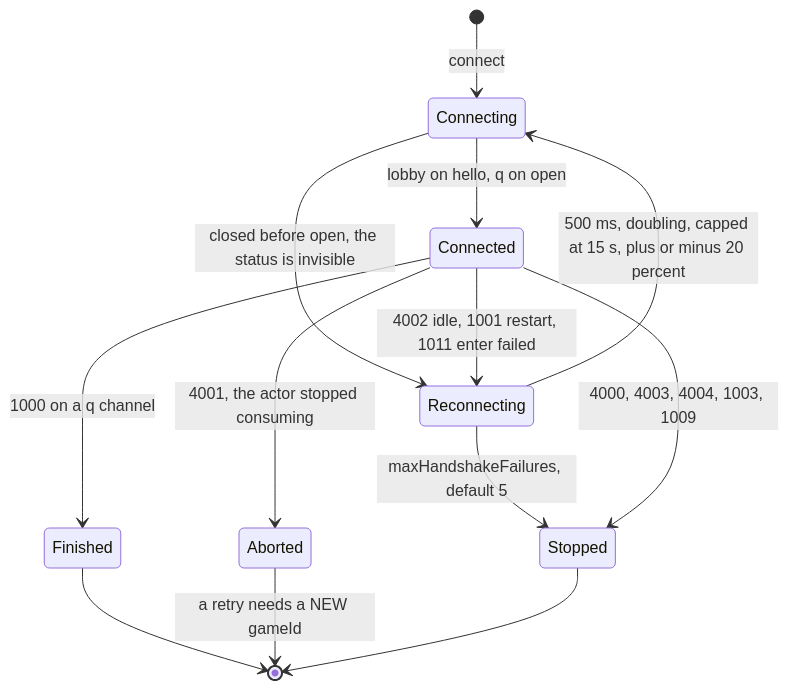
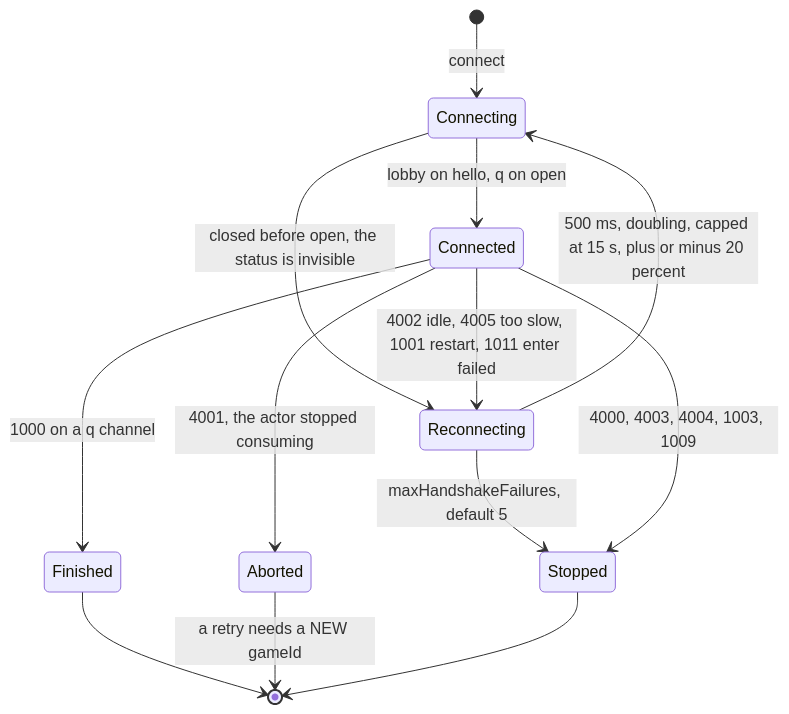
Before and after one commit to yingyeothon/tslib: the second of 3 diagrams in docs/realtime-client.md, drawn with Mermaid. The commit also changed other lines of this file and 10 other files, not shown here.

````diff
--- a/docs/realtime-client.md
+++ b/docs/realtime-client.md
@@ -85,15 +85,15 @@
 ```mermaid
 stateDiagram-v2
   [*] --> Connecting: connect
   Connecting --> Connected: lobby on hello, q on open
   Connecting --> Reconnecting: closed before open, the status is invisible
   Reconnecting --> Connecting: 500 ms, doubling, capped at 15 s, plus or minus 20 percent
   Reconnecting --> Stopped: maxHandshakeFailures, default 5
-  Connected --> Reconnecting: 4002 idle, 1001 restart, 1011 enter failed
+  Connected --> Reconnecting: 4002 idle, 4005 too slow, 1001 restart, 1011 enter failed
   Connected --> Finished: 1000 on a q channel
   Connected --> Aborted: 4001, the actor stopped consuming
   Connected --> Stopped: 4000, 4003, 4004, 1003, 1009
   Finished --> [*]
   Aborted --> [*]: a retry needs a NEW gameId
   Stopped --> [*]
 ```
````
